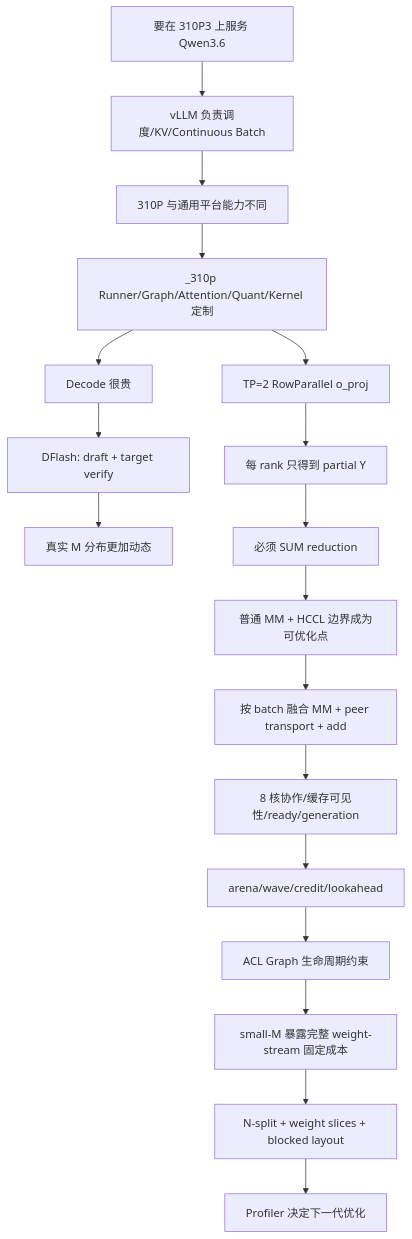
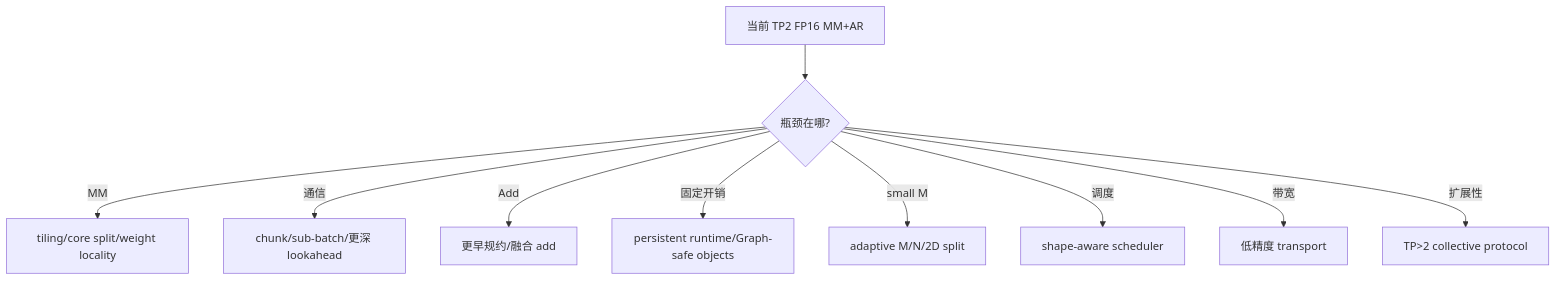
Before and after one commit to 10wvw01/vllm-ascend: the fourth of 4 diagrams in 学习/00_主线故事_从一次Qwen请求到MM_AR融合.md, drawn with Mermaid. The commit also changed other lines of this file and 22 other files, not shown here.

````diff
--- a/学习/00_主线故事_从一次Qwen请求到MM_AR融合.md
+++ b/学习/00_主线故事_从一次Qwen请求到MM_AR融合.md
@@ -545,20 +517,12 @@
 ```mermaid
 flowchart TD
-    A[要在 310P3 上服务 Qwen3.6] --> B[vLLM 负责调度/KV/Continuous Batch]
-    B --> C[310P 与通用平台能力不同]
-    C --> D[_310p Runner/Graph/Attention/Quant/Kernel 定制]
-    D --> E[Decode 很贵]
-    E --> F[DFlash: draft + target verify]
-    F --> G[真实 M 分布更加动态]
-    D --> H[TP=2 RowParallel o_proj]
-    H --> I[每 rank 只得到 partial Y]
-    I --> J[必须 SUM reduction]
-    J --> K[普通 MM + HCCL 边界成为可优化点]
-    K --> L[按 batch 融合 MM + peer transport + add]
-    L --> M[8 核协作/缓存可见性/ready/generation]
-    M --> N[arena/wave/credit/lookahead]
-    N --> O[ACL Graph 生命周期约束]
-    O --> P[small-M 暴露完整 weight-stream 固定成本]
-    P --> Q[N-split + weight slices + blocked layout]
-    Q --> R[Profiler 决定下一代优化]
+  A[当前 TP2 FP16 MM+AR] --> B{瓶颈在哪?}
+  B -->|MM| C[tiling/core split/weight locality]
+  B -->|通信| D[chunk/sub-batch/更深 lookahead]
+  B -->|Add| E[更早规约/融合 add]
+  B -->|固定开销| F[persistent runtime/Graph-safe objects]
+  B -->|small M| G[adaptive M/N/2D split]
+  B -->|调度| H[shape-aware scheduler]
+  B -->|带宽| I[低精度 transport]
+  B -->|扩展性| J[TP>2 collective protocol]
 ```
````
